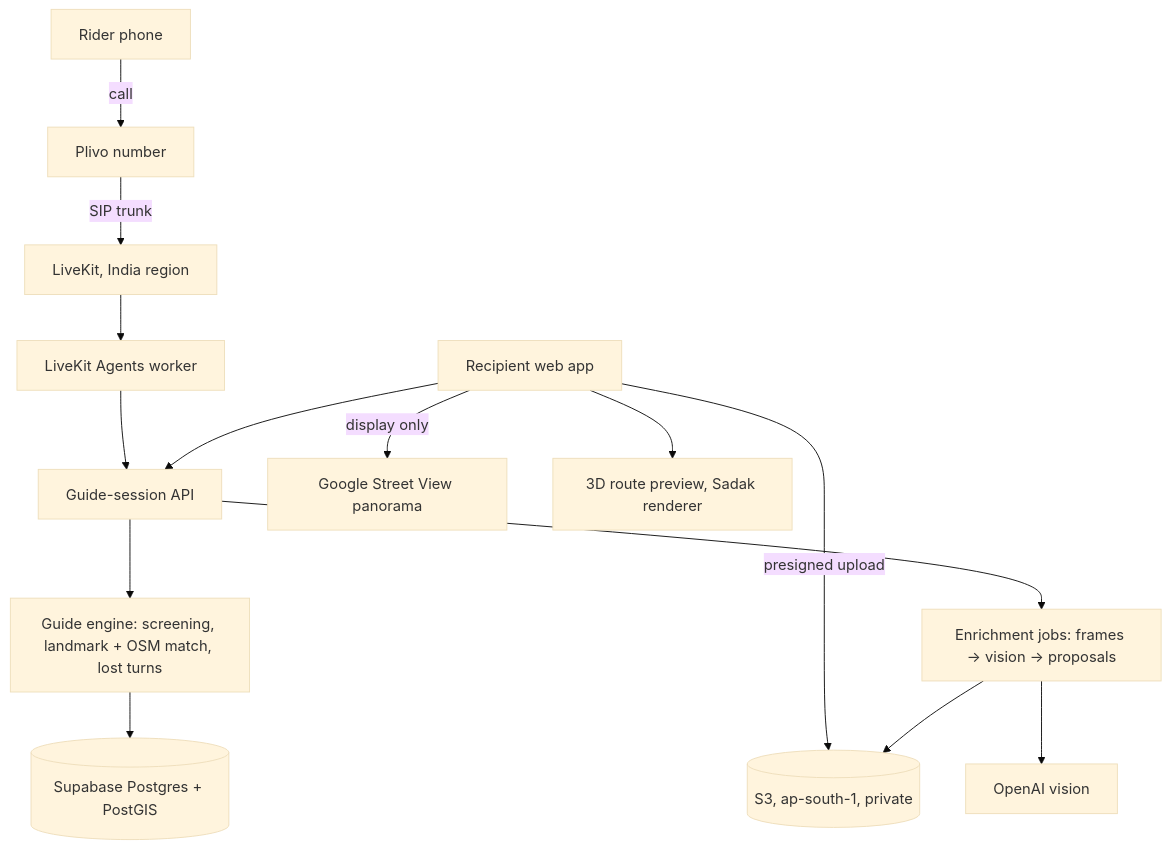
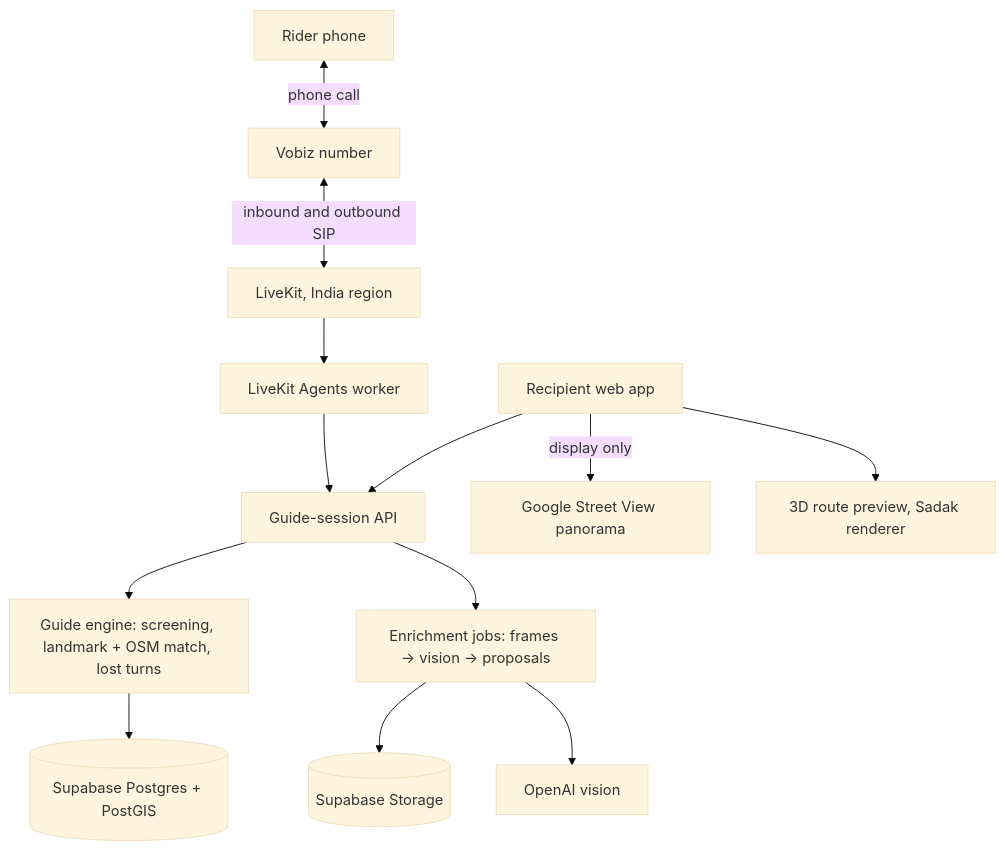
One commit to ahmedfahim21/Locus changed the diagram in plan.md. Above: the diagram before and after it, drawn with Mermaid (base theme). The commit also changed other lines of this file and 2 other files, not shown here.

Commit message:
docs: document Vobiz SIP call setup

````diff
--- a/plan.md
+++ b/plan.md
@@ -145,16 +145,15 @@
 ```mermaid
 flowchart TD
-  Rider[Rider phone] -->|call| Tel[Plivo number]
-  Tel -->|SIP trunk| LK[LiveKit, India region]
+  Rider[Rider phone] <-->|phone call| Tel[Vobiz number]
+  Tel <-->|inbound and outbound SIP| LK[LiveKit, India region]
   LK --> Voice[LiveKit Agents worker]
   Voice --> API[Guide-session API]
   API --> Guide[Guide engine: screening, landmark + OSM match, lost turns]
   Guide --> DB[(Supabase Postgres + PostGIS)]
   Web[Recipient web app] --> API
-  Web -->|presigned upload| Storage[(S3, ap-south-1, private)]
   API --> Enrich[Enrichment jobs: frames → vision → proposals]
-  Enrich --> Storage
+  Enrich --> Storage[(Supabase Storage)]
   Enrich --> Vision[OpenAI vision]
   Web -->|display only| SV[Google Street View panorama]
   Web --> Scene[3D route preview, Sadak renderer]
 ```
````
